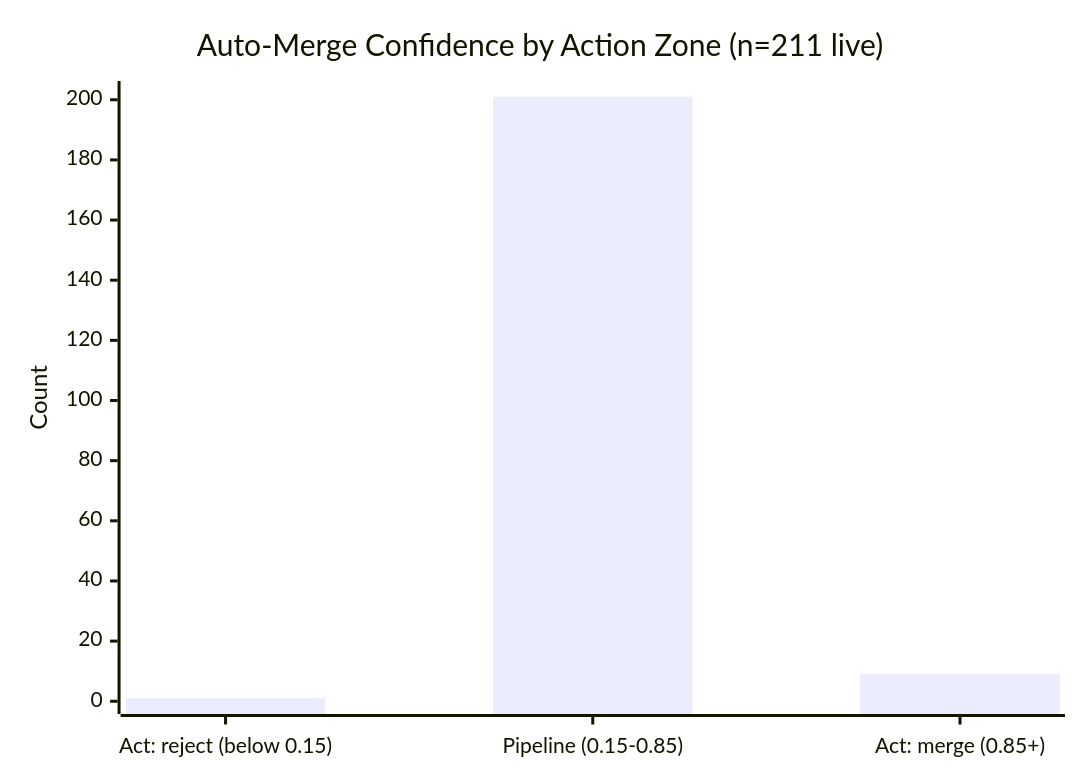
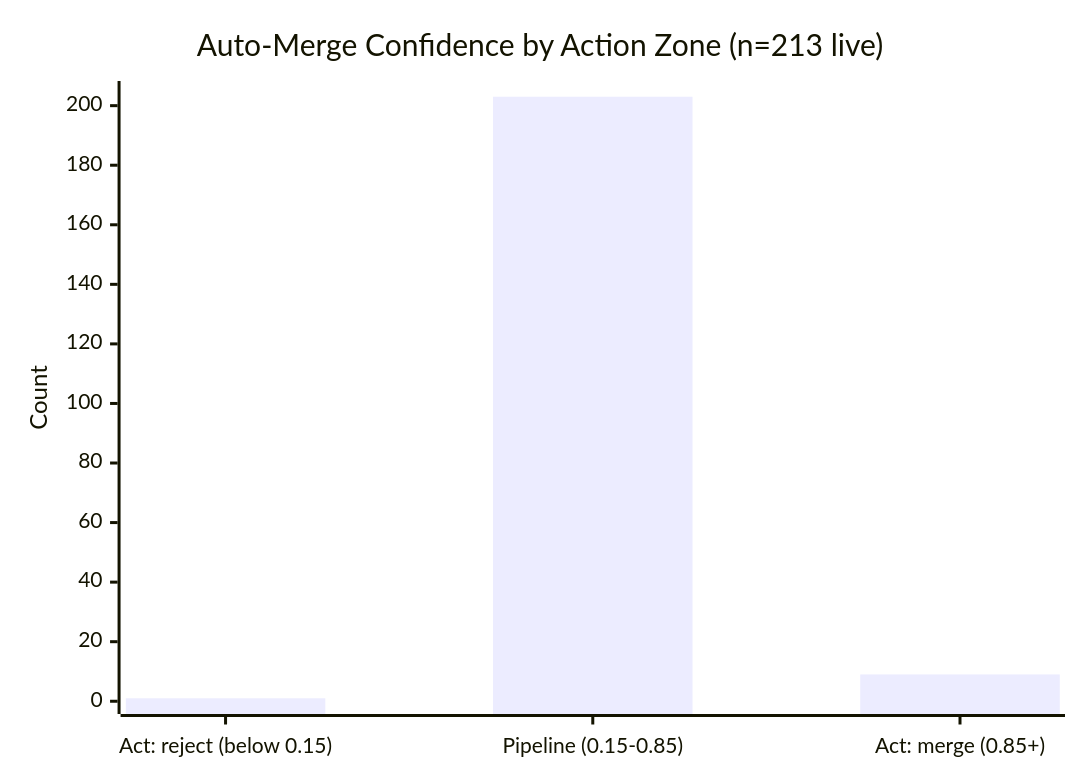
Before and after one commit to Sanctum-Origo-Systems/autoloop: the second of 6 diagrams in JEV.md, drawn with Mermaid. The commit also changed other lines of this file, not shown here.

````diff
--- a/JEV.md
+++ b/JEV.md
@@ -17,7 +17,7 @@
 ```mermaid
 xychart-beta
-    title "Auto-Merge Confidence by Action Zone (n=211 live)"
+    title "Auto-Merge Confidence by Action Zone (n=213 live)"
     x-axis ["Act: reject (below 0.15)", "Pipeline (0.15-0.85)", "Act: merge (0.85+)"]
-    y-axis "Count" 0 --> 202
-    bar [1, 201, 9]
+    y-axis "Count" 0 --> 204
+    bar [1, 203, 9]
 ```
````
